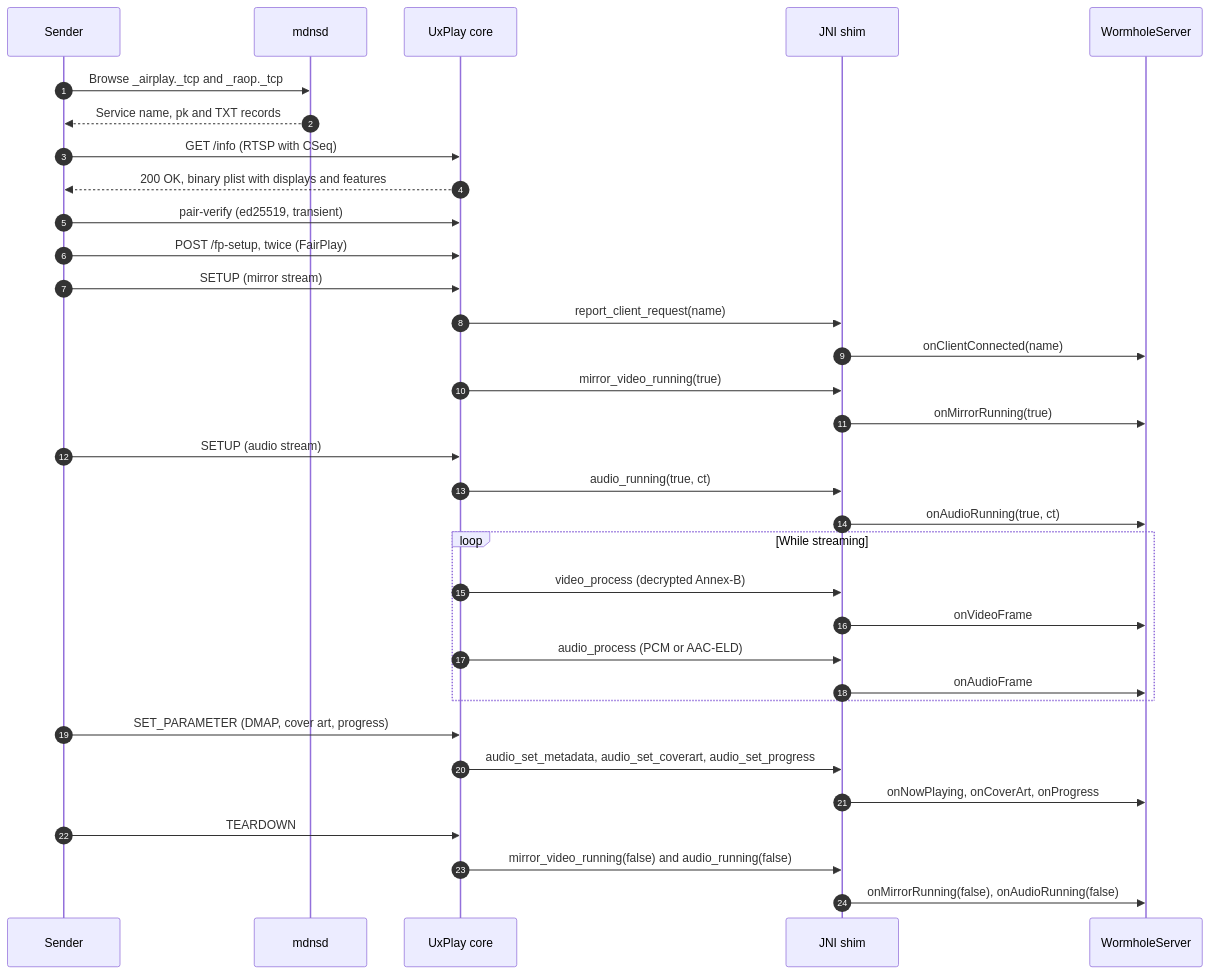
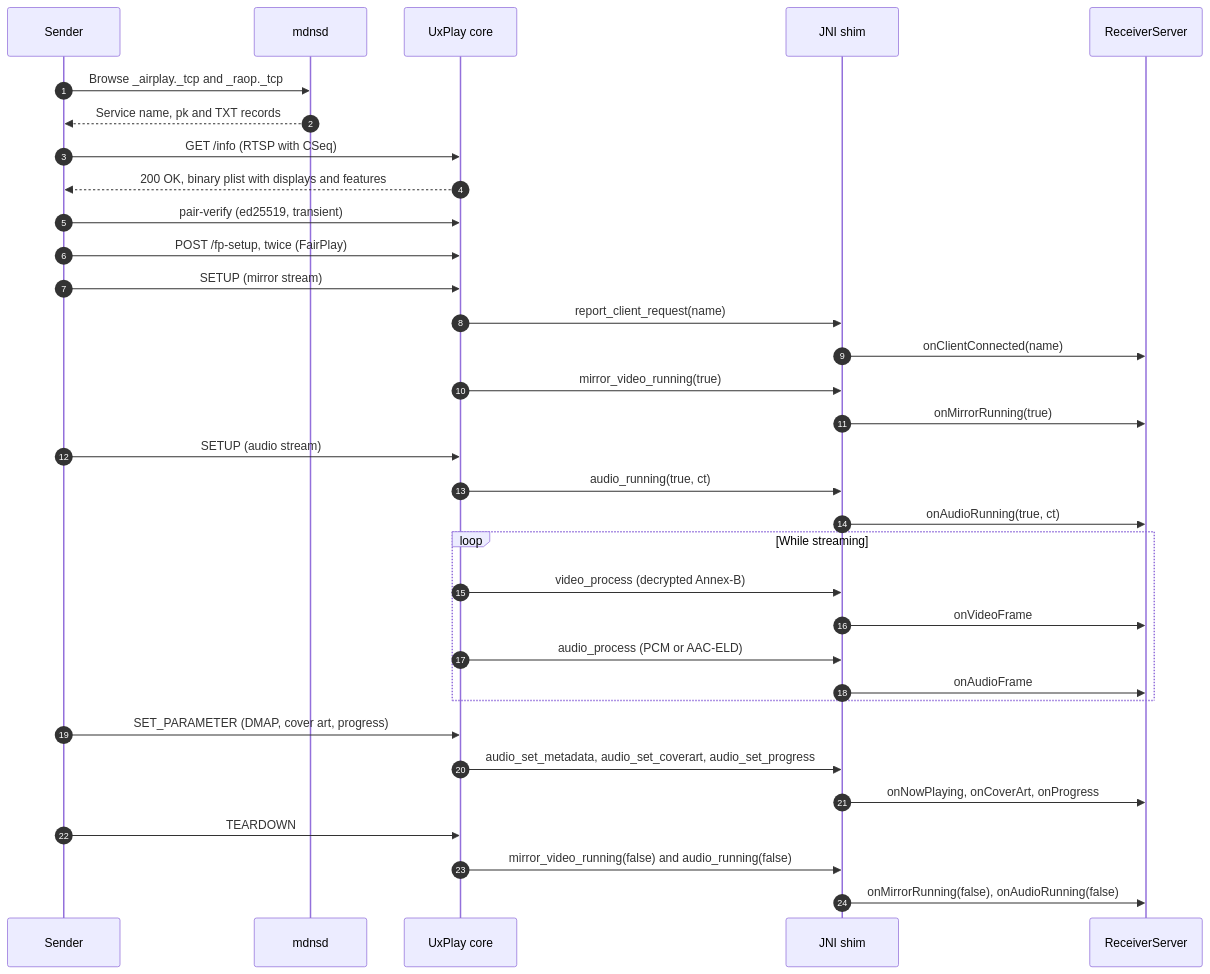
One commit to swide-git/second-display changed the third of 6 diagrams in docs/architecture.md. Above: the diagram before and after it, drawn with Mermaid. The commit also changed other lines of this file and 26 other files, not shown here.

````diff
--- a/docs/architecture.md
+++ b/docs/architecture.md
@@ -110,36 +110,36 @@
 ```mermaid
 sequenceDiagram
     autonumber
     participant S as Sender
     participant M as mdnsd
     participant C as UxPlay core
     participant J as JNI shim
-    participant K as WormholeServer
+    participant K as ReceiverServer
 
     S->>M: Browse _airplay._tcp and _raop._tcp
     M-->>S: Service name, pk and TXT records
     S->>C: GET /info (RTSP with CSeq)
     C-->>S: 200 OK, binary plist with displays and features
     S->>C: pair-verify (ed25519, transient)
     S->>C: POST /fp-setup, twice (FairPlay)
     S->>C: SETUP (mirror stream)
     C->>J: report_client_request(name)
     J->>K: onClientConnected(name)
     C->>J: mirror_video_running(true)
     J->>K: onMirrorRunning(true)
     S->>C: SETUP (audio stream)
     C->>J: audio_running(true, ct)
     J->>K: onAudioRunning(true, ct)
     loop While streaming
         C->>J: video_process (decrypted Annex-B)
         J->>K: onVideoFrame
         C->>J: audio_process (PCM or AAC-ELD)
         J->>K: onAudioFrame
     end
     S->>C: SET_PARAMETER (DMAP, cover art, progress)
     C->>J: audio_set_metadata, audio_set_coverart, audio_set_progress
     J->>K: onNowPlaying, onCoverArt, onProgress
     S->>C: TEARDOWN
     C->>J: mirror_video_running(false) and audio_running(false)
     J->>K: onMirrorRunning(false), onAudioRunning(false)
 ```
````
